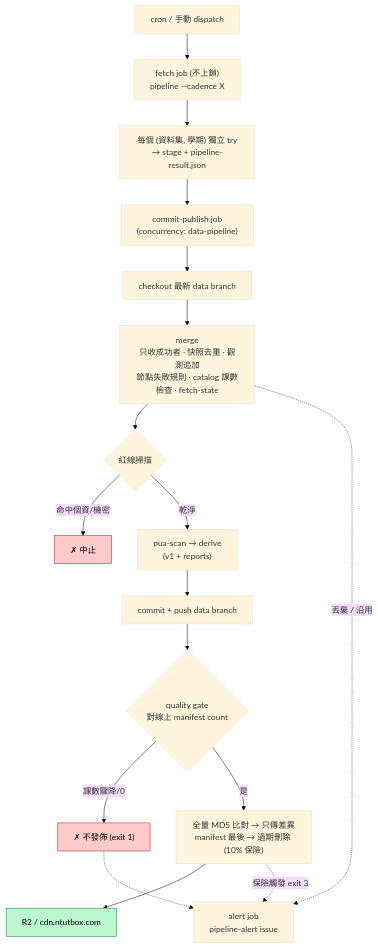
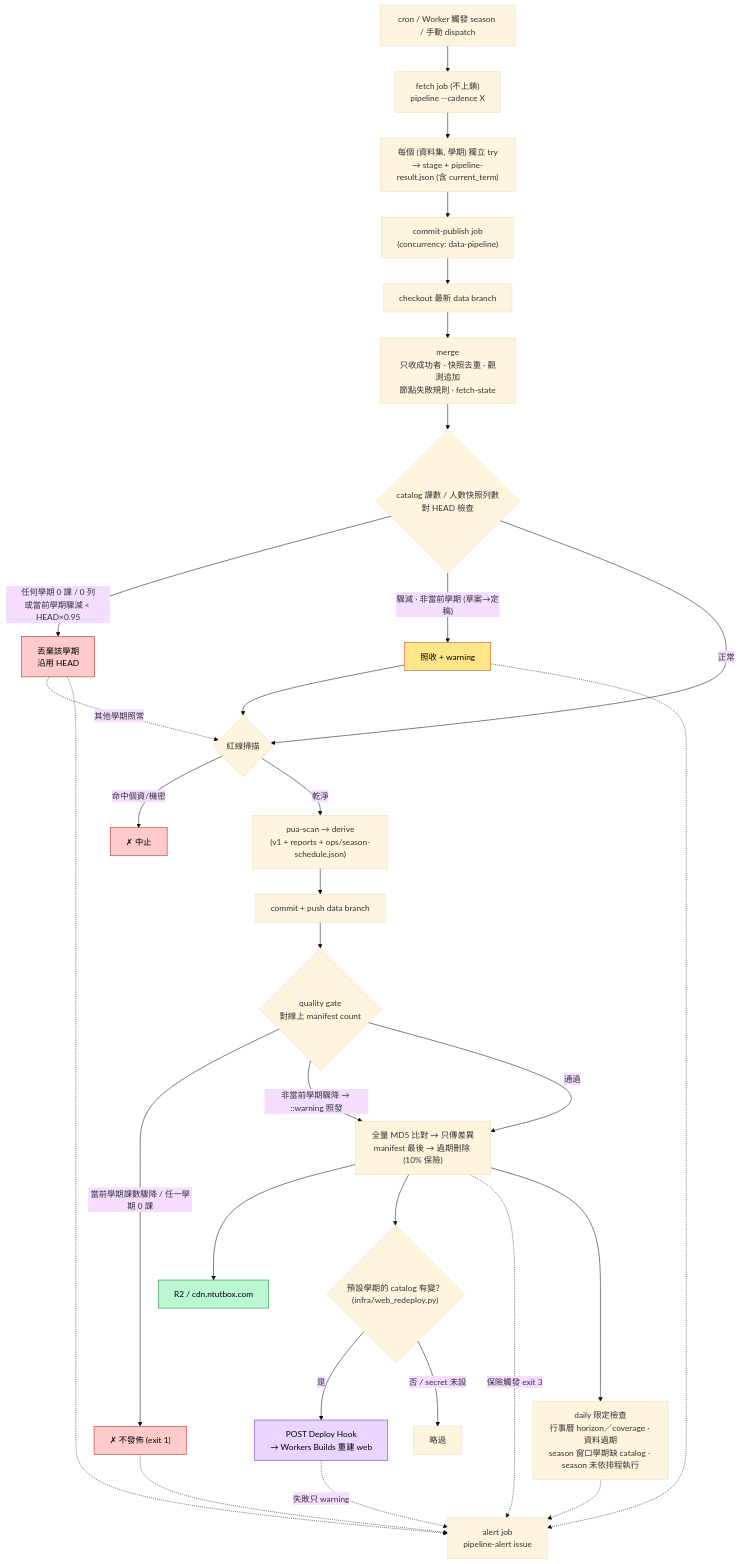
Before and after one commit to poterpan/ntutbox-course: the diagram in docs/diagrams/02-pipeline.mmd, drawn with Mermaid (base theme). The commit also changed 11 other files, not shown here.

First line of the commit message:
docs: 架構圖與 ARCHITECTURE 補上 season 排程 Worker、學期切換與 web 自動重建（#111–#117） (#119)

```diff
--- a/docs/diagrams/02-pipeline.mmd
+++ b/docs/diagrams/02-pipeline.mmd
@@ -1,22 +1,39 @@
 flowchart TD
-    A["cron / 手動 dispatch"] --> B["fetch job (不上鎖)<br/>pipeline --cadence X"]
-    B --> B2["每個 (資料集, 學期) 獨立 try<br/>→ stage + pipeline-result.json"]
+    A["cron / Worker 觸發 season / 手動 dispatch"] --> B["fetch job (不上鎖)<br/>pipeline --cadence X"]
+    B --> B2["每個 (資料集, 學期) 獨立 try<br/>→ stage + pipeline-result.json (含 current_term)"]
     B2 --> C["commit-publish job<br/>(concurrency: data-pipeline)"]
     C --> D["checkout 最新 data branch"]
-    D --> E["merge<br/>只收成功者 · 快照去重 · 觀測追加<br/>節點失敗規則 · catalog 課數檢查 · fetch-state"]
-    E --> H{"紅線掃描"}
+    D --> E["merge<br/>只收成功者 · 快照去重 · 觀測追加<br/>節點失敗規則 · fetch-state"]
+    E --> Q{"catalog 課數 / 人數快照列數<br/>對 HEAD 檢查"}
+    Q -->|"任何學期 0 課 / 0 列<br/>或當前學期驟減 < HEAD×0.95"| QX["丟棄該學期<br/>沿用 HEAD"]
+    Q -->|"驟減 · 非當前學期 (草案→定稿)"| QW["照收 + warning"]
+    Q -->|正常| H
+    QW --> H{"紅線掃描"}
     H -->|命中個資/機密| HX["✗ 中止"]
-    H -->|乾淨| I["pua-scan → derive<br/>(v1 + reports)"]
+    H -->|乾淨| I["pua-scan → derive<br/>(v1 + reports + ops/season-schedule.json)"]
     I --> J["commit + push data branch"]
     J --> K{"quality gate<br/>對線上 manifest count"}
-    K -->|課數驟降/0| KX["✗ 不發佈 (exit 1)"]
-    K -->|是| L["全量 MD5 比對 → 只傳差異<br/>manifest 最後 → 過期刪除 (10% 保險)"]
+    K -->|"當前學期課數驟降 / 任一學期 0 課"| KX["✗ 不發佈 (exit 1)"]
+    K -->|"非當前學期驟降 → ::warning 照發"| L
+    K -->|通過| L["全量 MD5 比對 → 只傳差異<br/>manifest 最後 → 過期刪除 (10% 保險)"]
     L --> M["R2 / cdn.ntutbox.com"]
+    L --> W{"預設學期的 catalog 有變？<br/>(infra/web_redeploy.py)"}
+    W -->|是| WH["POST Deploy Hook<br/>→ Workers Builds 重建 web"]
+    W -->|否 / secret 未設| WS["略過"]
+    WH -.->|失敗只 warning| AL
     L -.->|保險觸發 exit 3| AL
-    E -.->|丟棄 / 沿用| AL["alert job<br/>pipeline-alert issue"]
+    QX -.->|其他學期照常| H
+    QX -.-> AL["alert job<br/>pipeline-alert issue"]
+    QW -.-> AL
     KX -.-> AL
+    L --> DC["daily 限定檢查<br/>行事曆 horizon／coverage · 資料過期<br/>season 窗口學期缺 catalog · season 未依排程執行"]
+    DC -.-> AL
 
     classDef bad fill:#fecaca,stroke:#b91c1c,color:#000
+    classDef warn fill:#fde68a,stroke:#b45309,color:#000
     classDef ok fill:#bbf7d0,stroke:#15803d,color:#000
-    class HX,KX bad
+    classDef trig fill:#e9d5ff,stroke:#7e22ce,color:#000
+    class HX,KX,QX bad
+    class QW warn
     class M ok
+    class WH trig
```
